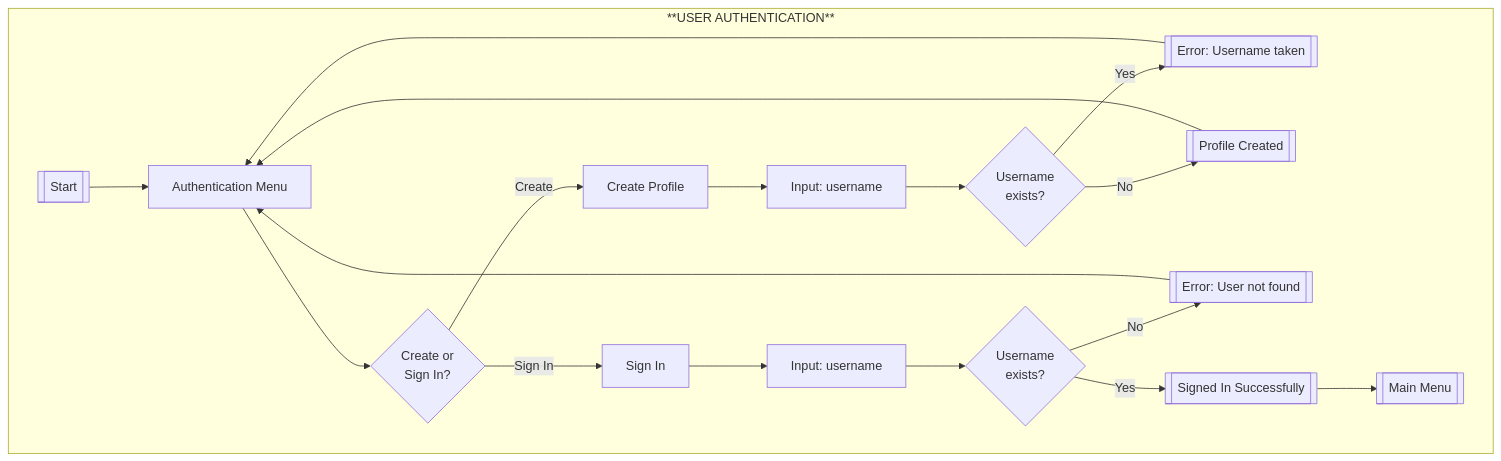
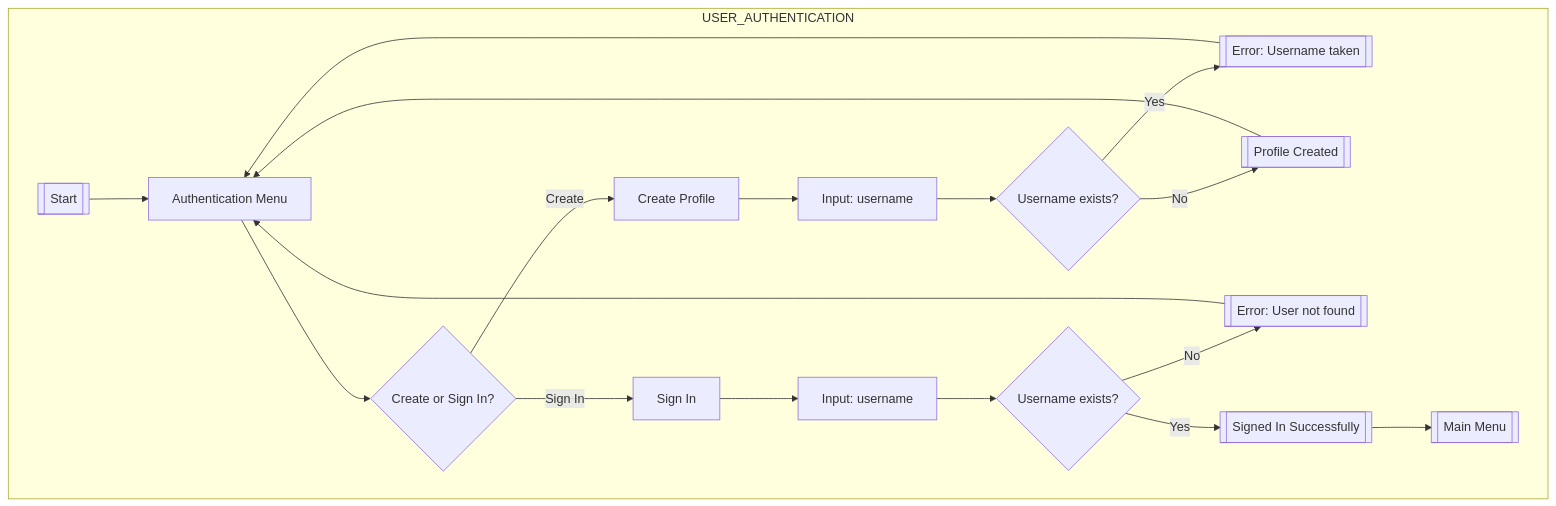
One commit to mahinabdullah04/CycleTracker changed the first of 6 diagrams in README.md. Above: the diagram before and after it, drawn with Mermaid. The commit also changed other lines of this file, not shown here.

````diff
--- a/README.md
+++ b/README.md
@@ -49,41 +49,41 @@
 ```mermaid
 flowchart
-  subgraph **USER AUTHENTICATION**
+  subgraph USER_AUTHENTICATION
     start[[Start]]
     menu[Authentication Menu]
-    createChoice{Create or<br/>Sign In?}
-    
+    createChoice{Create or Sign In?}
+
     createProfile[Create Profile]
     createInput[Input: username]
-    checkDuplicate{Username<br/>exists?}
+    checkDuplicate{Username exists?}
     createSuccess[[Profile Created]]
     createError[[Error: Username taken]]
-    
+
     signIn[Sign In]
     signInput[Input: username]
-    checkExists{Username<br/>exists?}
+    checkExists{Username exists?}
     signSuccess[[Signed In Successfully]]
     signError[[Error: User not found]]
-    
+
     mainMenu[[Main Menu]]
-    
+
     start --> menu
     menu --> createChoice
     createChoice -->|Create| createProfile
     createChoice -->|Sign In| signIn
-    
+
     createProfile --> createInput
     createInput --> checkDuplicate
     checkDuplicate -->|Yes| createError
     checkDuplicate -->|No| createSuccess
     createSuccess --> menu
     createError --> menu
-    
+
     signIn --> signInput
     signInput --> checkExists
     checkExists -->|No| signError
     checkExists -->|Yes| signSuccess
     signSuccess --> mainMenu
     signError --> menu
   end
 ```
````
